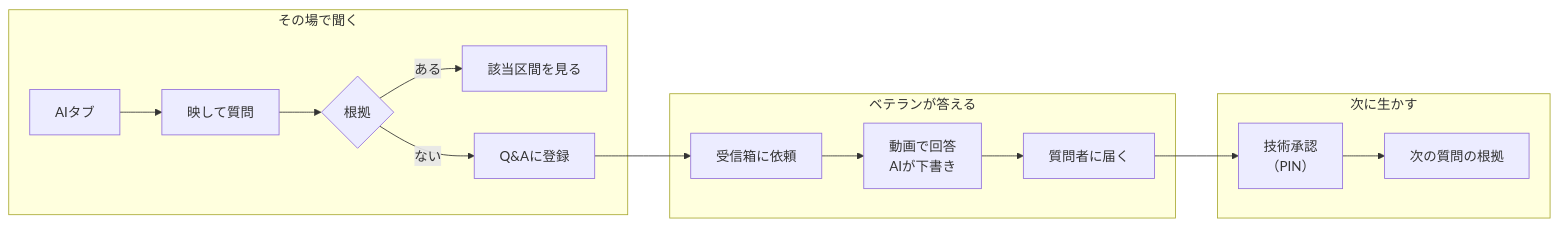
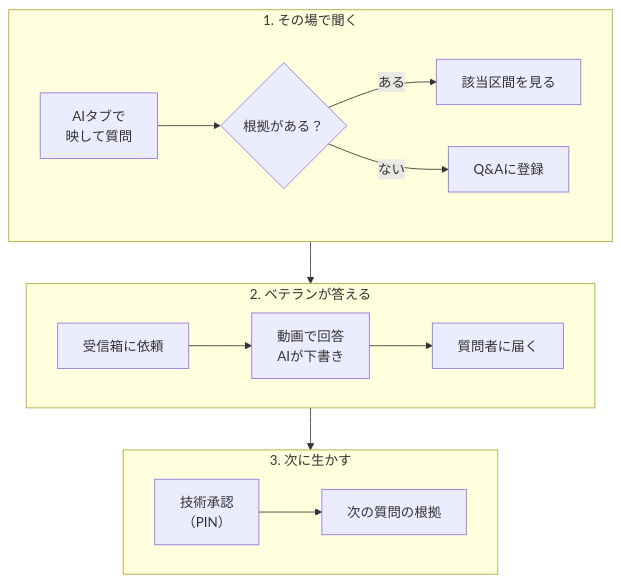
The second of 2 diagrams in docs/04_ux_flow.md (Technarra/kojo-portfolio), drawn with Mermaid before and after one commit. The commit also changed 1 other file, not shown here.

Commit message:
docs: UXフローとアーキテクチャの図を読みやすい大きさに整える

````diff
--- a/docs/04_ux_flow.md
+++ b/docs/04_ux_flow.md
@@ -64,16 +64,19 @@
 ```mermaid
-flowchart LR
-    subgraph Ask["その場で聞く"]
-        A1["AIタブ"] --> A2["映して質問"] --> A3{"根拠"}
+flowchart TD
+    subgraph Ask["1. その場で聞く"]
+        direction LR
+        A1["AIタブで<br/>映して質問"] --> A3{"根拠がある？"}
         A3 -->|ある| A4["該当区間を見る"]
         A3 -->|ない| A5["Q&Aに登録"]
     end
-    subgraph Answer["ベテランが答える"]
+    subgraph Answer["2. ベテランが答える"]
+        direction LR
         B1["受信箱に依頼"] --> B2["動画で回答<br/>AIが下書き"] --> B3["質問者に届く"]
     end
-    subgraph Reuse["次に生かす"]
+    subgraph Reuse["3. 次に生かす"]
+        direction LR
         C1["技術承認<br/>（PIN）"] --> C2["次の質問の根拠"]
     end
     A5 --> B1
     B3 --> C1
 ```
````
